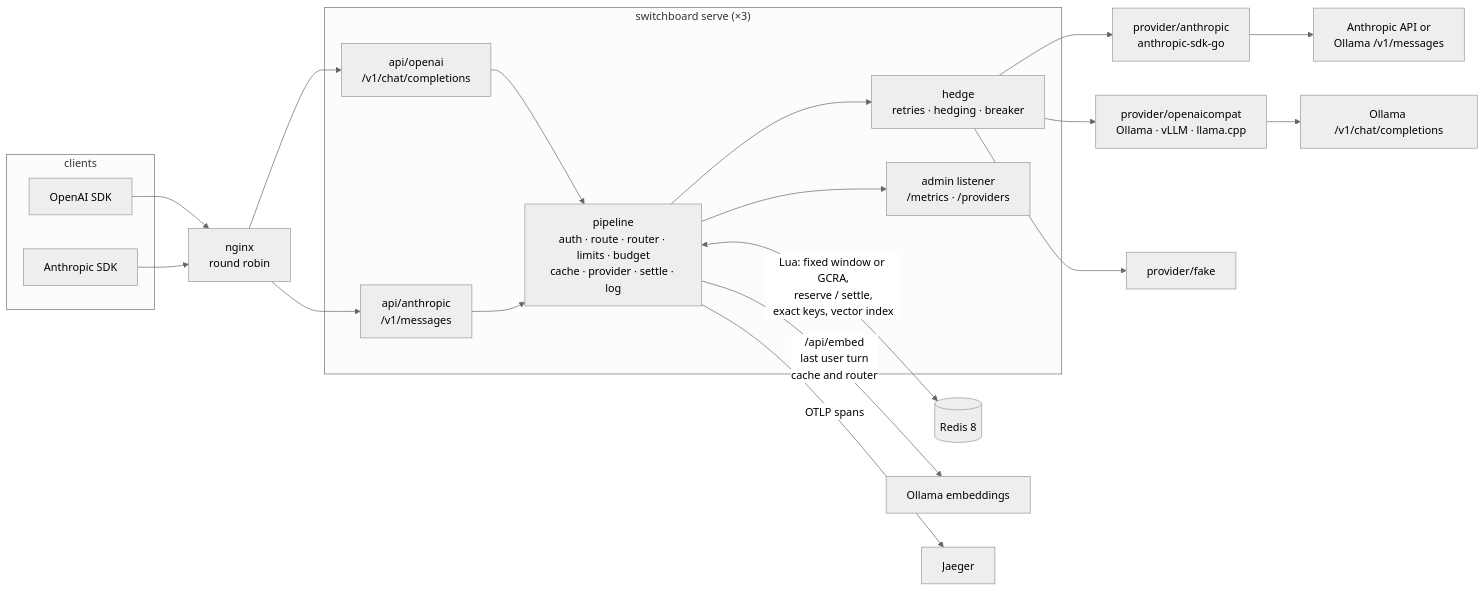
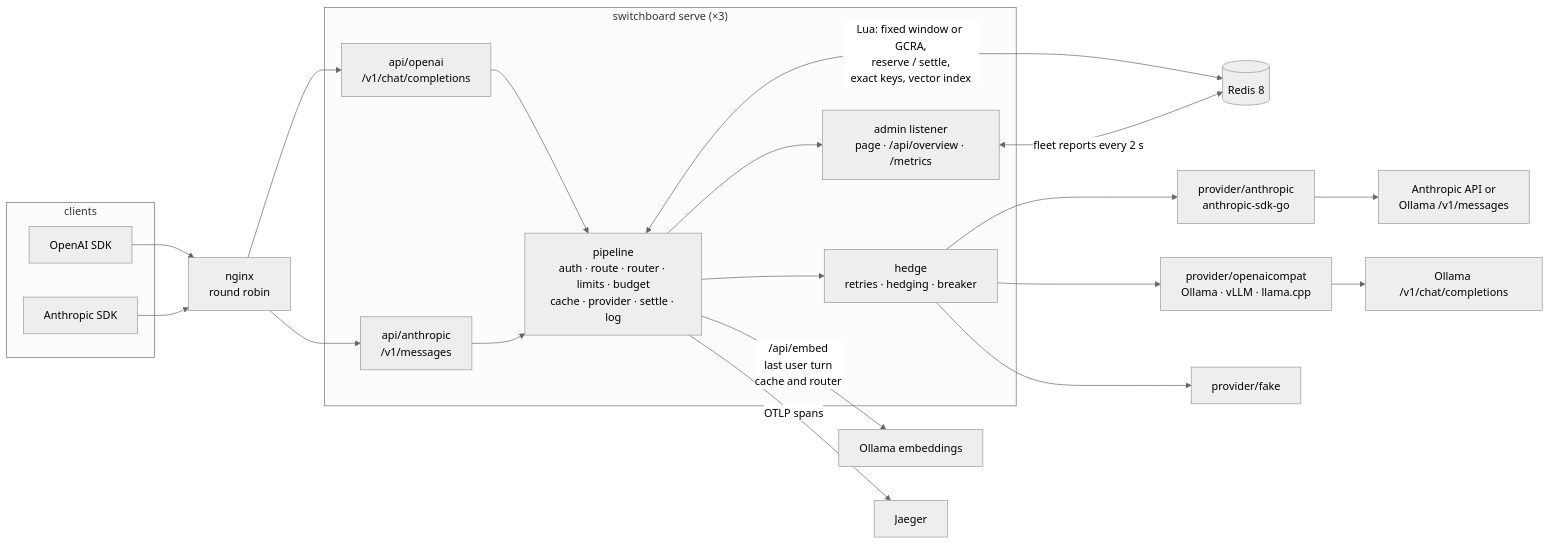
The diagram in README.md (TheAsianFish/switchboard), drawn with Mermaid (neutral theme) before and after one commit. The commit also changed other lines of this file and 180 other files, not shown here.

First line of the commit message:
M6: Admin page, chaos and the overhead breakdown — admin JSON API on the loopback listener (keys, limits, spen (#7)

````diff
--- a/README.md
+++ b/README.md
@@ -138,31 +155,32 @@
 ```mermaid
 flowchart LR
   subgraph clients
     O[OpenAI SDK]
     A[Anthropic SDK]
   end
   LB[nginx<br/>round robin]
   subgraph gw["switchboard serve (×3)"]
     FO[api/openai<br/>/v1/chat/completions]
     FA[api/anthropic<br/>/v1/messages]
     P[pipeline<br/>auth · route · router · limits · budget<br/>cache · provider · settle · log]
     H[hedge<br/>retries · hedging · breaker]
-    M[admin listener<br/>/metrics · /providers]
+    M[admin listener<br/>page · /api/overview · /metrics]
     FO --> P
     FA --> P
     P --> M
   end
   O --> LB
   A --> LB
   LB --> FO
   LB --> FA
   P <-->|Lua: fixed window or GCRA,<br/>reserve / settle,<br/>exact keys, vector index| R[(Redis 8)]
+  M <-->|fleet reports every 2 s| R
   P -->|/api/embed<br/>last user turn<br/>cache and router| E[Ollama embeddings]
   P -->|OTLP spans| J[Jaeger]
   P --> H
   H --> PA[provider/anthropic<br/>anthropic-sdk-go]
   H --> PO[provider/openaicompat<br/>Ollama · vLLM · llama.cpp]
   H --> PF[provider/fake]
   PA --> ANT[Anthropic API or<br/>Ollama /v1/messages]
   PO --> OL[Ollama /v1/chat/completions]
 ```
````
